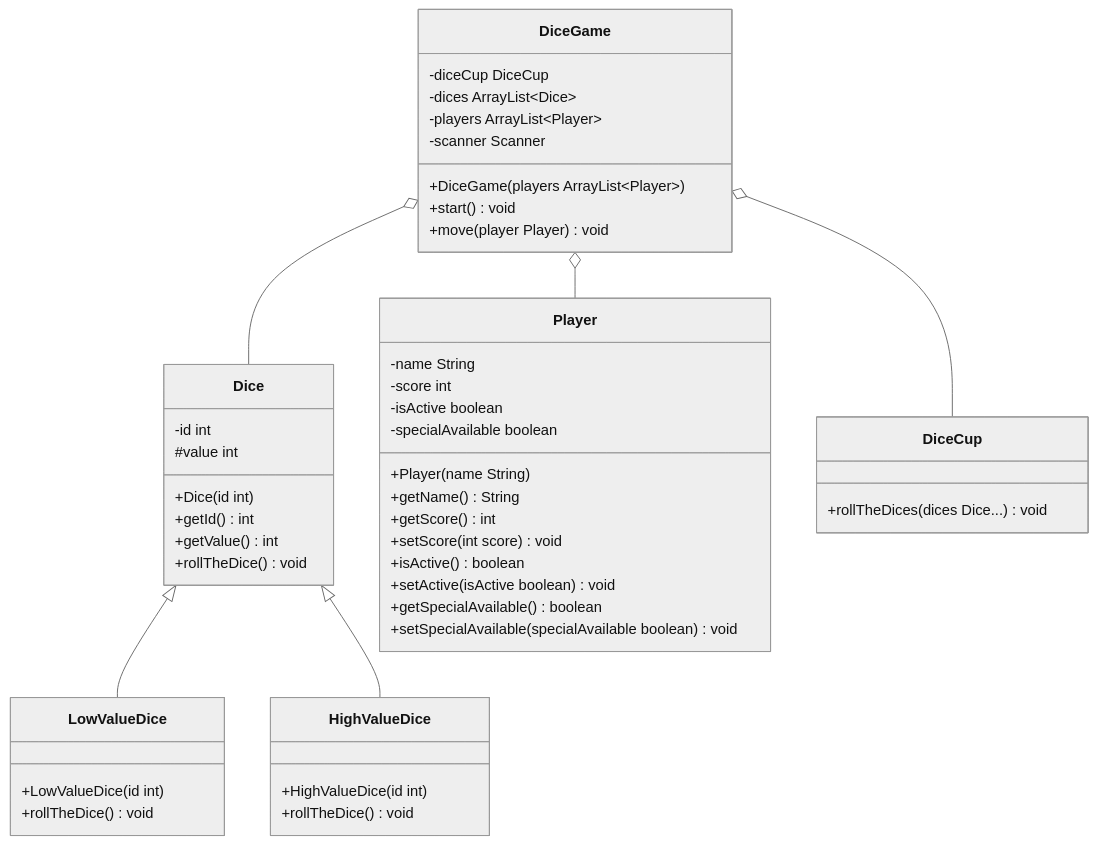
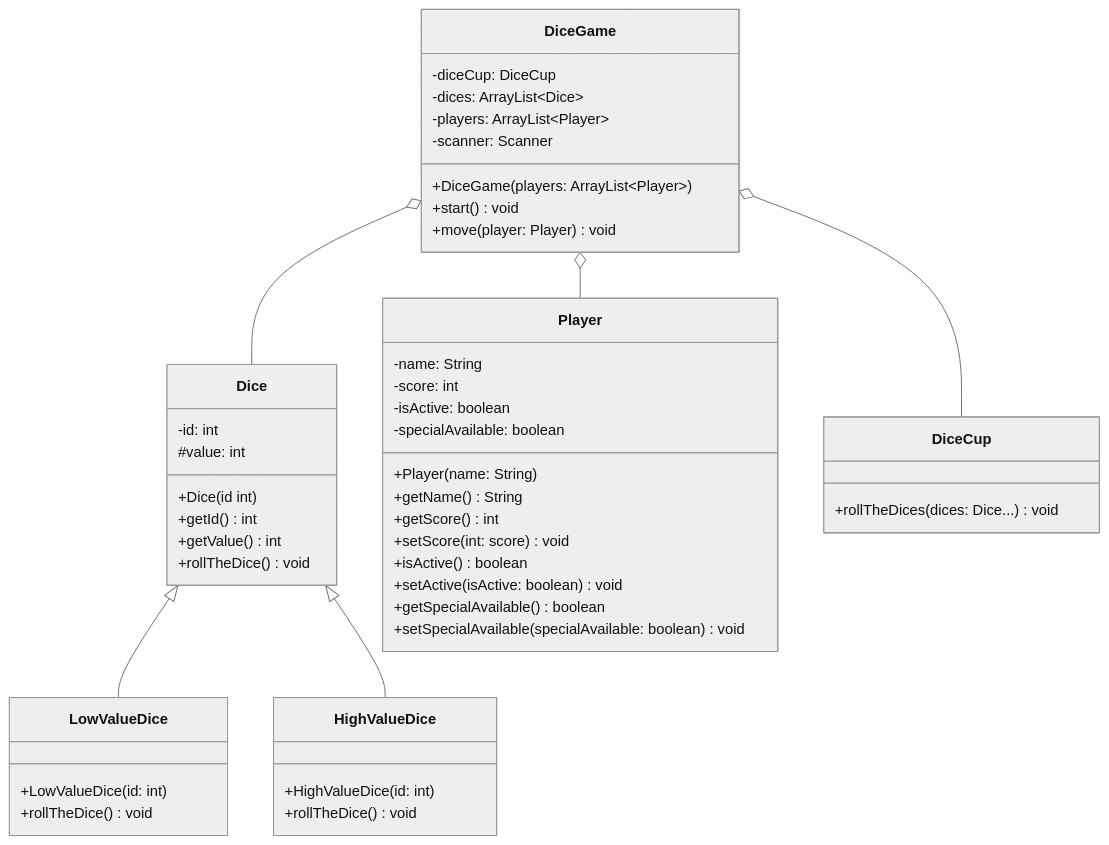
The diagram in docs/exercises/polymorphy/polymorphy04.mdx (jappuccini/java-docs), drawn with Mermaid (neutral theme) before and after one commit. The commit also changed other lines of this file and 76 other files, not shown here.

Commit message:
uml fixes (colons, properties), headline fixes (italic) and exam result updates

````diff
--- a/docs/exercises/polymorphy/polymorphy04.mdx
+++ b/docs/exercises/polymorphy/polymorphy04.mdx
@@ -22,56 +22,56 @@
 ```mermaid
 classDiagram
     DiceGame o-- Dice
     DiceGame o-- Player
     DiceGame o-- DiceCup
     Dice <|-- LowValueDice
     Dice <|-- HighValueDice
 
     class Player {
-        -name String
-        -score int
-        -isActive boolean
-        -specialAvailable boolean
-        +Player(name String)
+        -name: String
+        -score: int
+        -isActive: boolean
+        -specialAvailable: boolean
+        +Player(name: String)
         +getName() String
         +getScore() int
-        +setScore(int score) void
+        +setScore(int: score) void
         +isActive() boolean
-        +setActive(isActive boolean) void
+        +setActive(isActive: boolean) void
         +getSpecialAvailable() boolean
-        +setSpecialAvailable(specialAvailable boolean) void
+        +setSpecialAvailable(specialAvailable: boolean) void
     }
 
     class Dice {
-        -id int
-        #value int
+        -id: int
+        #value: int
         +Dice(id int)
         +getId() int
         +getValue() int
         +rollTheDice() void
     }
 
     class LowValueDice {
-        +LowValueDice(id int)
+        +LowValueDice(id: int)
         +rollTheDice() void
     }
 
     class HighValueDice {
-        +HighValueDice(id int)
+        +HighValueDice(id: int)
         +rollTheDice() void
     }
 
     class DiceCup {
-        +rollTheDices(dices Dice...) void
+        +rollTheDices(dices: Dice...) void
     }
 
     class DiceGame {
-        -diceCup DiceCup
-        -dices ArrayList~Dice~
-        -players ArrayList~Player~
-        -scanner Scanner
-        +DiceGame(players ArrayList~Player~)
+        -diceCup: DiceCup
+        -dices: ArrayList~Dice~
+        -players: ArrayList~Player~
+        -scanner: Scanner
+        +DiceGame(players: ArrayList~Player~)
         +start() void
-        +move(player Player) void
+        +move(player: Player) void
     }
 ```
````
